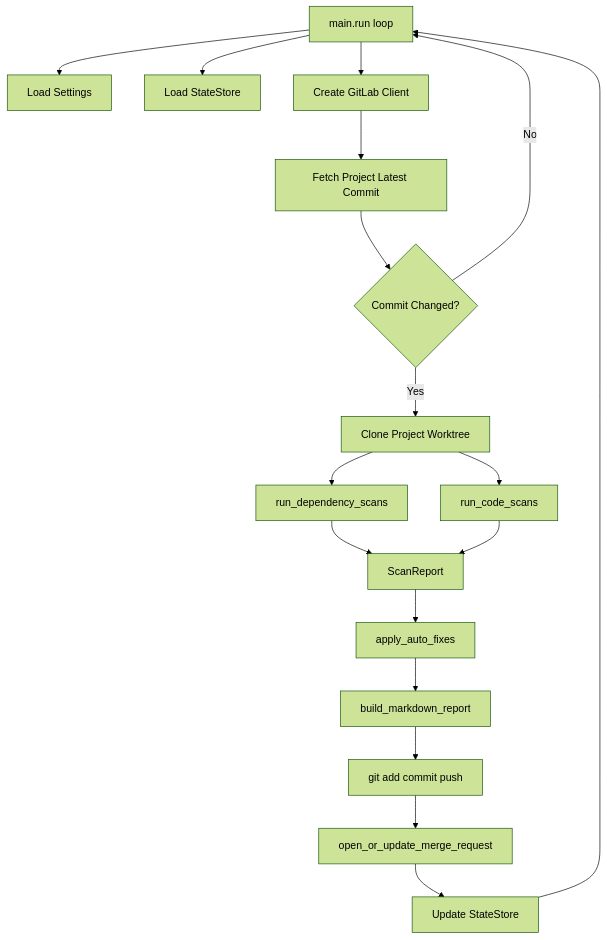
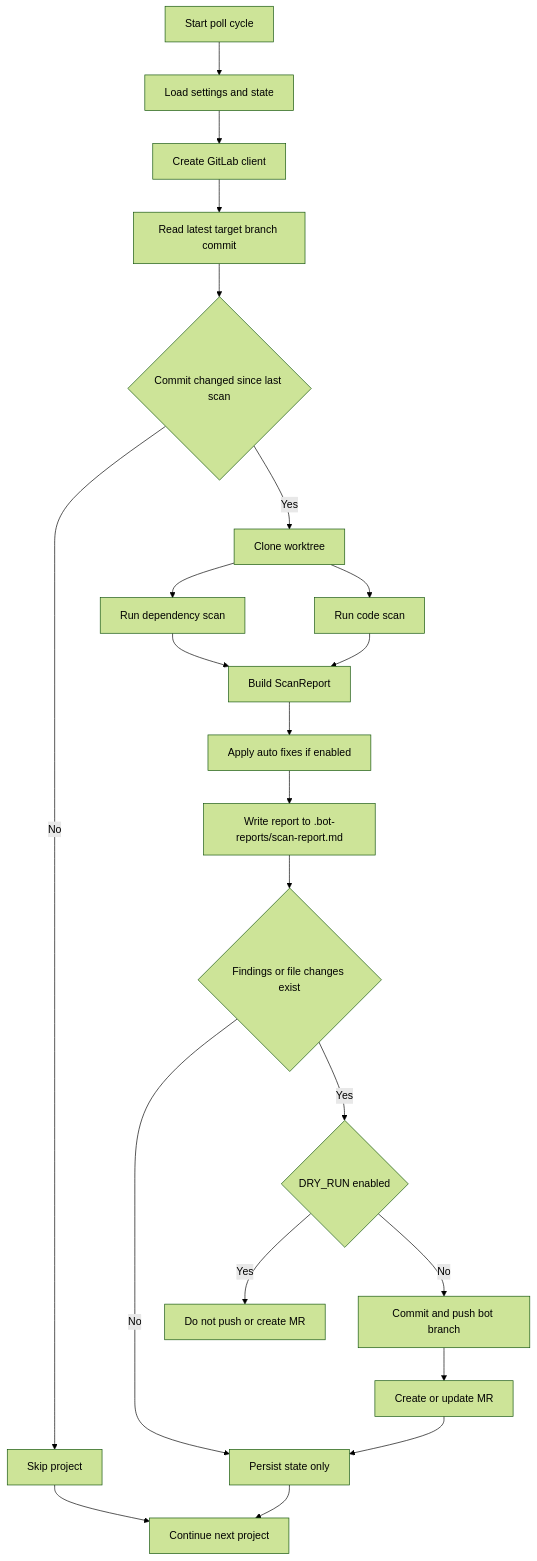
One commit to vtanathip/sdet-handbook changed the diagram in examples/gitlab-bot/src/gitlab_bot/README.md. Above: the diagram before and after it, drawn with Mermaid (forest theme). The commit also changed other lines of this file and 1 other file, not shown here.

Commit message:
docs: refresh gitlab-bot readmes and fix diagram compatibility

````diff
--- a/examples/gitlab-bot/src/gitlab_bot/README.md
+++ b/examples/gitlab-bot/src/gitlab_bot/README.md
@@ -17,20 +7,24 @@
 ```mermaid
-flowchart TD
-    A[main.run loop] --> B[Load Settings]
-    A --> C[Load StateStore]
-    A --> D[Create GitLab Client]
-    D --> E[Fetch Project Latest Commit]
-    E --> F{Commit Changed?}
-    F -- No --> A
-    F -- Yes --> G[Clone Project Worktree]
-    G --> H[run_dependency_scans]
-    G --> I[run_code_scans]
-    H --> J[ScanReport]
-    I --> J
-    J --> K[apply_auto_fixes]
-    K --> L[build_markdown_report]
-    L --> M[git add commit push]
-    M --> N[open_or_update_merge_request]
-    N --> O[Update StateStore]
-    O --> A
+graph TD
+    A[Start poll cycle] --> B[Load settings and state]
+    B --> C[Create GitLab client]
+    C --> D[Read latest target branch commit]
+    D --> E{Commit changed since last scan}
+    E -- No --> Z[Skip project]
+    E -- Yes --> F[Clone worktree]
+    F --> G[Run dependency scan]
+    F --> H[Run code scan]
+    G --> I[Build ScanReport]
+    H --> I
+    I --> J[Apply auto fixes if enabled]
+    J --> K[Write report to .bot-reports/scan-report.md]
+    K --> L{Findings or file changes exist}
+    L -- No --> M[Persist state only]
+    L -- Yes --> N{DRY_RUN enabled}
+    N -- Yes --> O[Do not push or create MR]
+    N -- No --> P[Commit and push bot branch]
+    P --> Q[Create or update MR]
+    Q --> M
+    M --> R[Continue next project]
+    Z --> R
 ```
````
